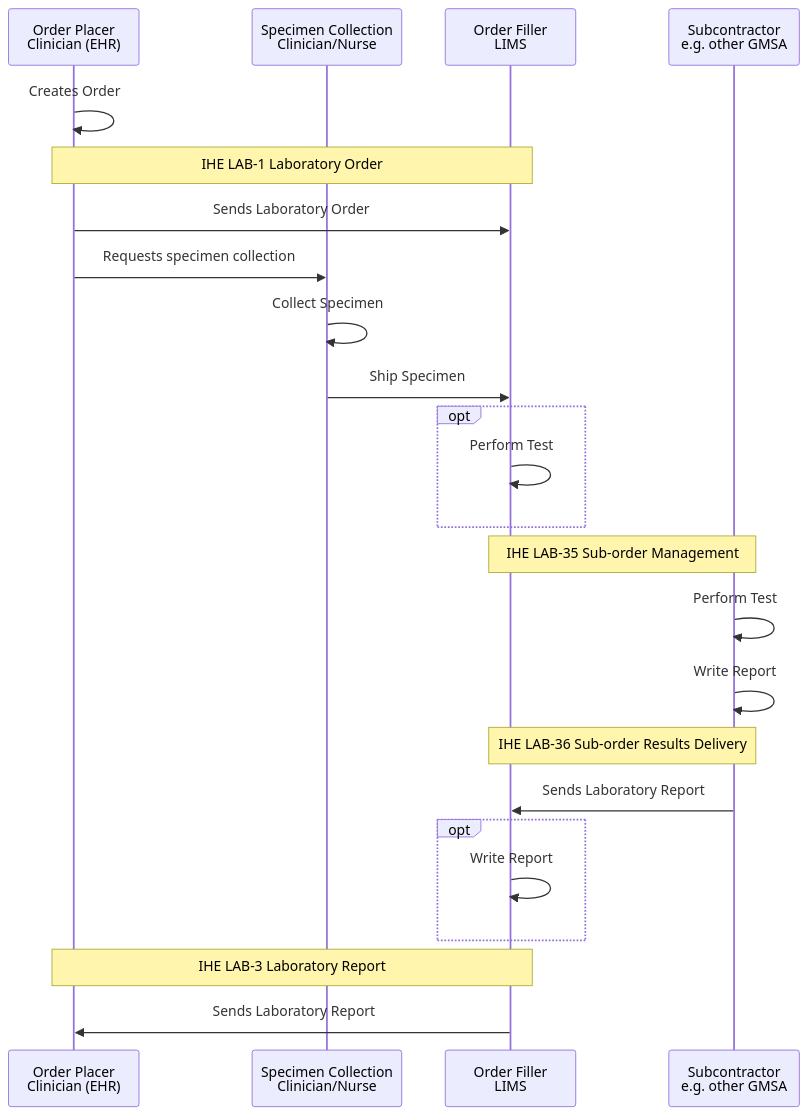
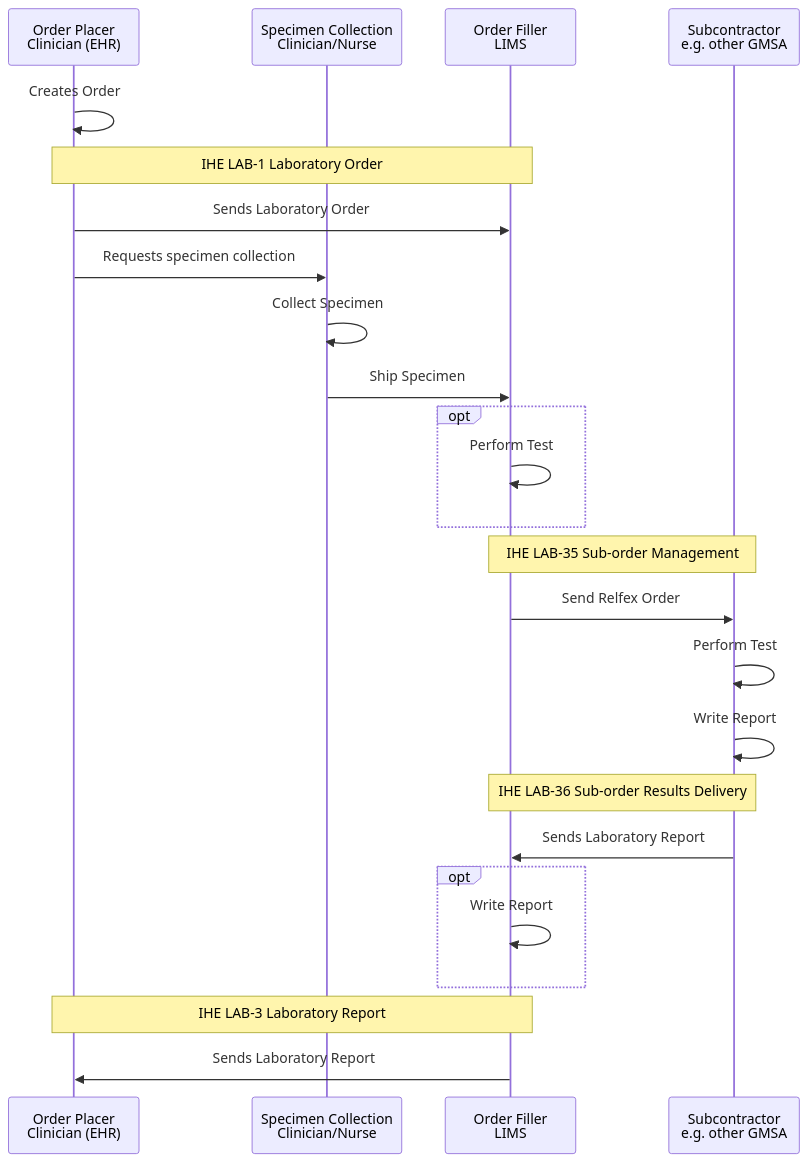
One commit to nw-gmsa/nw-gmsa.github.com changed the first of 8 diagrams in input/pagecontent/ILW.md. Above: the diagram before and after it, drawn with Mermaid. The commit also changed 1 other file, not shown here.

Commit message:
ILW and TLW documentation

````diff
--- a/input/pagecontent/ILW.md
+++ b/input/pagecontent/ILW.md
@@ -28,27 +28,28 @@
 ```mermaid
 sequenceDiagram
     participant clinician as Order Placer<br/>Clinician (EHR)
     participant nurse as Specimen Collection<br/>Clinician/Nurse
     participant LIMS as Order Filler<br/>LIMS 
     participant Sub as Subcontractor<br/>e.g. other GMSA
 
     clinician ->> clinician: Creates Order
     note over clinician,LIMS: IHE LAB-1 Laboratory Order
     clinician ->> LIMS: Sends Laboratory Order
     clinician ->> nurse: Requests specimen collection
     nurse ->> nurse: Collect Specimen
     nurse ->> LIMS: Ship Specimen
     opt
         LIMS->> LIMS : Perform Test
     end
     note over LIMS,Sub: IHE LAB-35 Sub-order Management
+    LIMS ->> Sub: Send Relfex Order
     Sub ->> Sub : Perform Test
     Sub ->> Sub: Write Report
     note over LIMS,Sub: IHE LAB-36 Sub-order Results Delivery
     Sub ->> LIMS: Sends Laboratory Report
     opt
         LIMS ->> LIMS: Write Report
     end
     note over clinician,LIMS: IHE LAB-3 Laboratory Report
     LIMS ->> clinician: Sends Laboratory Report
 ```
````
